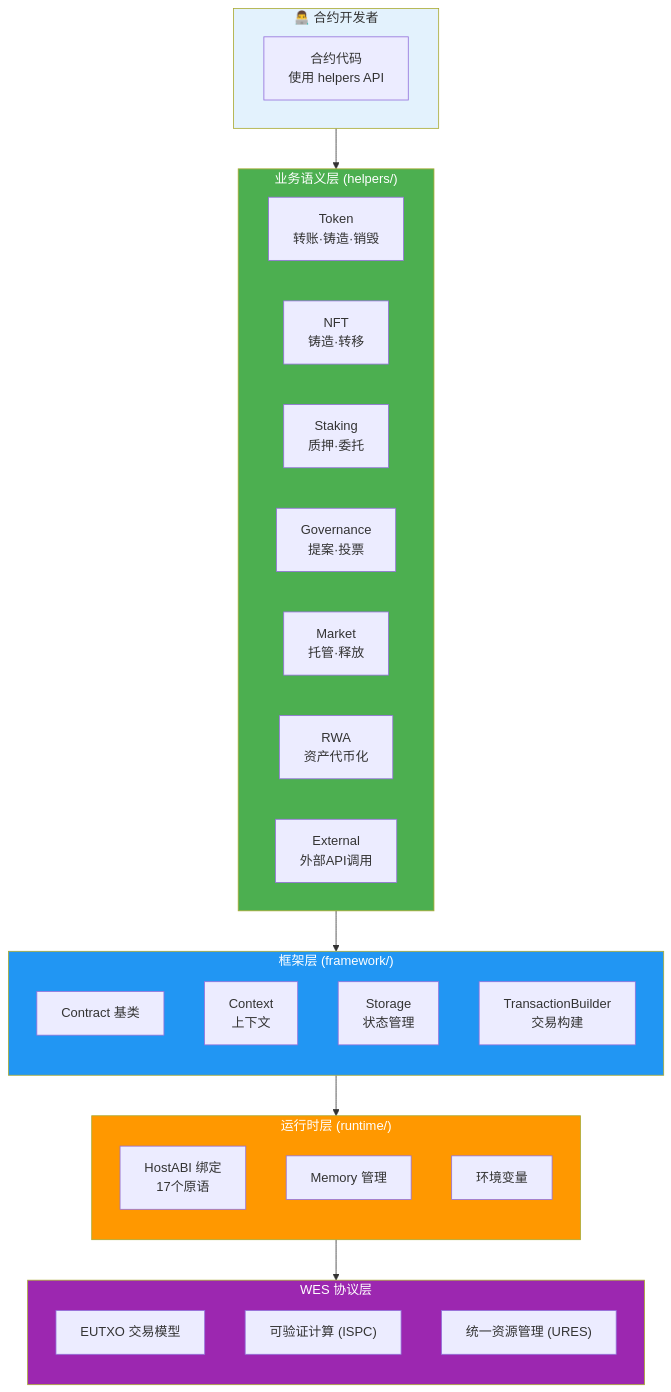
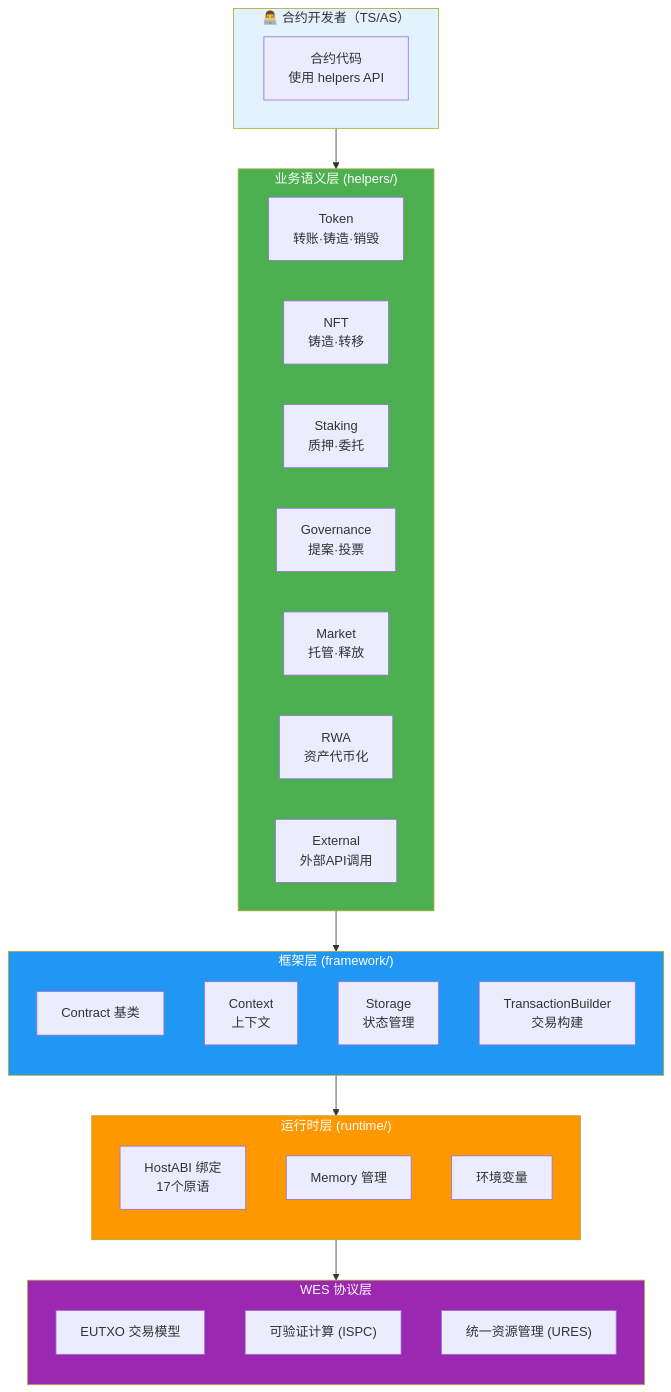
One commit to weisyn/contract-sdk-js changed the second of 2 diagrams in README.md. Above: the diagram before and after it, drawn with Mermaid. The commit also changed other lines of this file and 20 other files, not shown here.

````diff
--- a/README.md
+++ b/README.md
@@ -239,51 +286,51 @@
 ```mermaid
 graph TB
-    subgraph CONTRACT_DEV["👨‍💻 合约开发者"]
+    subgraph CONTRACT_DEV["👨‍💻 合约开发者（TS/AS）"]
         direction LR
         CONTRACT_CODE["合约代码<br/>使用 helpers API"]
     end
     
     subgraph HELPERS_LAYER["业务语义层 (helpers/)"]
         direction LR
         TOKEN["Token<br/>转账·铸造·销毁"]
         NFT["NFT<br/>铸造·转移"]
         STAKING["Staking<br/>质押·委托"]
         GOVERNANCE["Governance<br/>提案·投票"]
         MARKET["Market<br/>托管·释放"]
         RWA["RWA<br/>资产代币化"]
         EXTERNAL["External<br/>外部API调用"]
     end
     
     subgraph FRAMEWORK_LAYER["框架层 (framework/)"]
         direction TB
         CONTRACT["Contract 基类"]
         CONTEXT["Context<br/>上下文"]
         STORAGE["Storage<br/>状态管理"]
         TX_BUILDER["TransactionBuilder<br/>交易构建"]
     end
     
     subgraph RUNTIME_LAYER["运行时层 (runtime/)"]
         direction TB
         HOSTABI_WRAP["HostABI 绑定<br/>17个原语"]
         MEMORY["Memory 管理"]
         ENV["环境变量"]
     end
     
     subgraph WES_PROTOCOL["WES 协议层"]
         direction TB
         EUTXO["EUTXO 交易模型"]
         ISPC["可验证计算 (ISPC)"]
         URES["统一资源管理 (URES)"]
     end
     
     CONTRACT_DEV --> HELPERS_LAYER
     HELPERS_LAYER --> FRAMEWORK_LAYER
     FRAMEWORK_LAYER --> RUNTIME_LAYER
     RUNTIME_LAYER --> WES_PROTOCOL
     
     style CONTRACT_DEV fill:#E3F2FD
     style HELPERS_LAYER fill:#4CAF50,color:#fff
     style FRAMEWORK_LAYER fill:#2196F3,color:#fff
     style RUNTIME_LAYER fill:#FF9800,color:#fff
     style WES_PROTOCOL fill:#9C27B0,color:#fff
 ```
````
